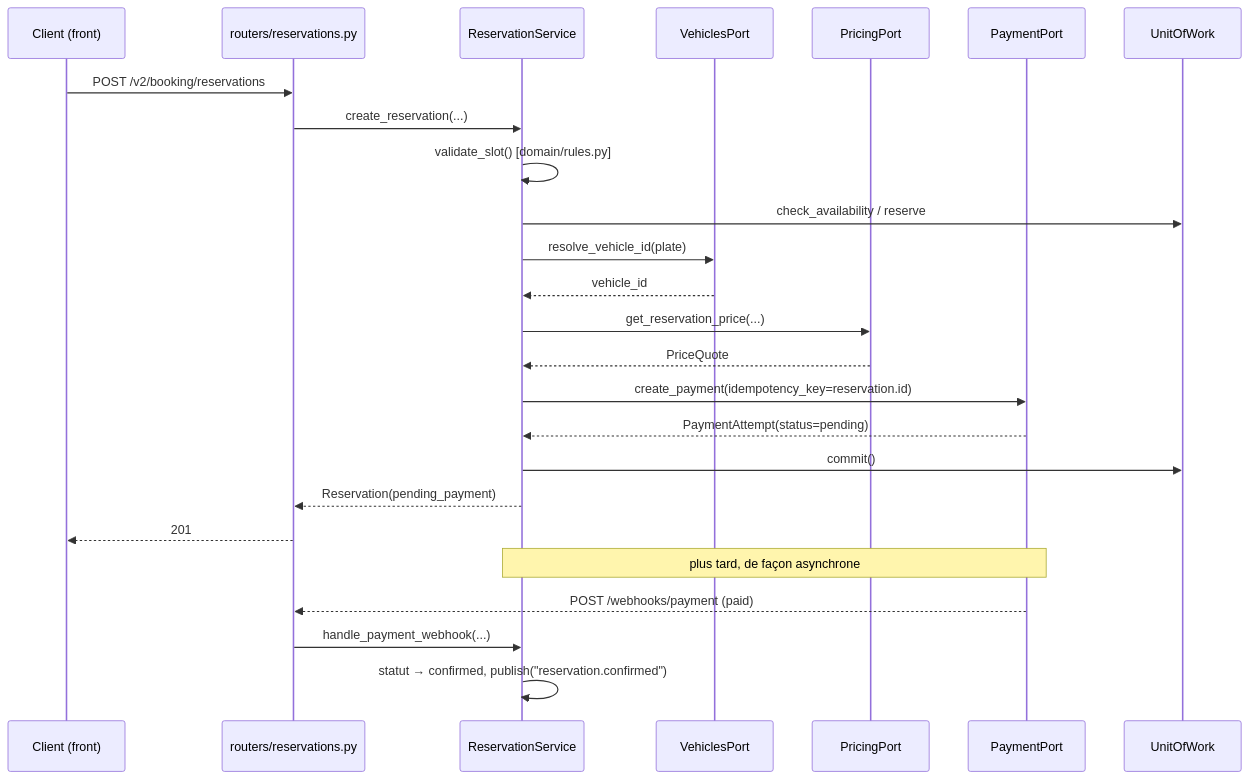
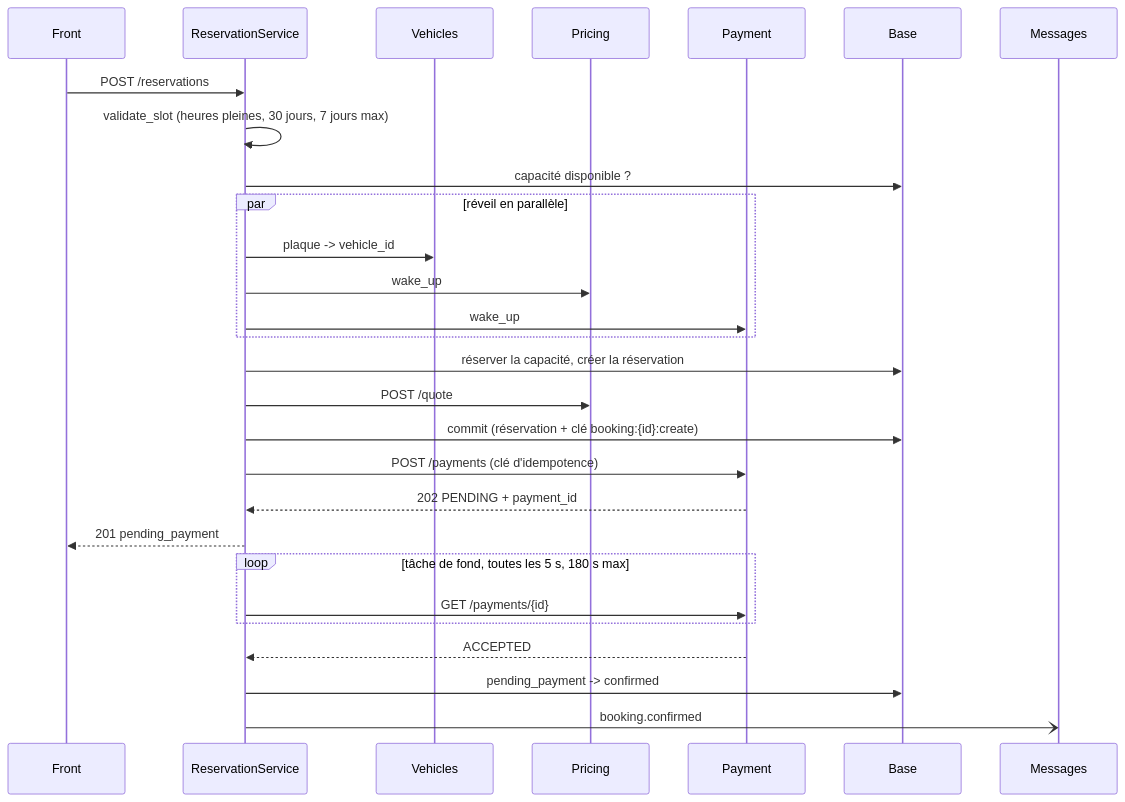
One commit to Yanom-school-projects/M1-Projet-Architecture-Booking changed the fourth of 4 diagrams in docs/booking_architecture.md. Above: the diagram before and after it, drawn with Mermaid. The commit also changed other lines of this file and 2 other files, not shown here.

Commit message:
docs: architecture et scénario de test à jour pour la v2.6.0

````diff
--- a/docs/booking_architecture.md
+++ b/docs/booking_architecture.md
@@ -298,28 +271,30 @@
 ```mermaid
 sequenceDiagram
-    participant C as Client (front)
-    participant R as routers/reservations.py
+    participant C as Front
     participant S as ReservationService
-    participant V as VehiclesPort
-    participant Pr as PricingPort
-    participant Pa as PaymentPort
-    participant U as UnitOfWork
+    participant V as Vehicles
+    participant Pr as Pricing
+    participant Pa as Payment
+    participant DB as Base
 
-    C->>R: POST /v2/booking/reservations
-    R->>S: create_reservation(...)
-    S->>S: validate_slot() [domain/rules.py]
-    S->>U: check_availability / reserve
-    S->>V: resolve_vehicle_id(plate)
-    V-->>S: vehicle_id
-    S->>Pr: get_reservation_price(...)
-    Pr-->>S: PriceQuote
-    S->>Pa: create_payment(idempotency_key=reservation.id)
-    Pa-->>S: PaymentAttempt(status=pending)
-    S->>U: commit()
-    S-->>R: Reservation(pending_payment)
-    R-->>C: 201
-    Note over Pa,S: plus tard, de façon asynchrone
-    Pa-->>R: POST /webhooks/payment (paid)
-    R->>S: handle_payment_webhook(...)
-    S->>S: statut → confirmed, publish("reservation.confirmed")
+    C->>S: POST /reservations
+    S->>S: validate_slot (heures pleines, 30 jours, 7 jours max)
+    S->>DB: capacité disponible ?
+    par réveil en parallèle
+        S->>V: plaque -> vehicle_id
+        S->>Pr: wake_up
+        S->>Pa: wake_up
+    end
+    S->>DB: réserver la capacité, créer la réservation
+    S->>Pr: POST /quote
+    S->>DB: commit (réservation + clé booking:{id}:create)
+    S->>Pa: POST /payments (clé d'idempotence)
+    Pa-->>S: 202 PENDING + payment_id
+    S-->>C: 201 pending_payment
+    loop tâche de fond, toutes les 5 s, 180 s max
+        S->>Pa: GET /payments/{id}
+    end
+    Pa-->>S: ACCEPTED
+    S->>DB: pending_payment -> confirmed
+    S-)Messages: booking.confirmed
 ```
````
